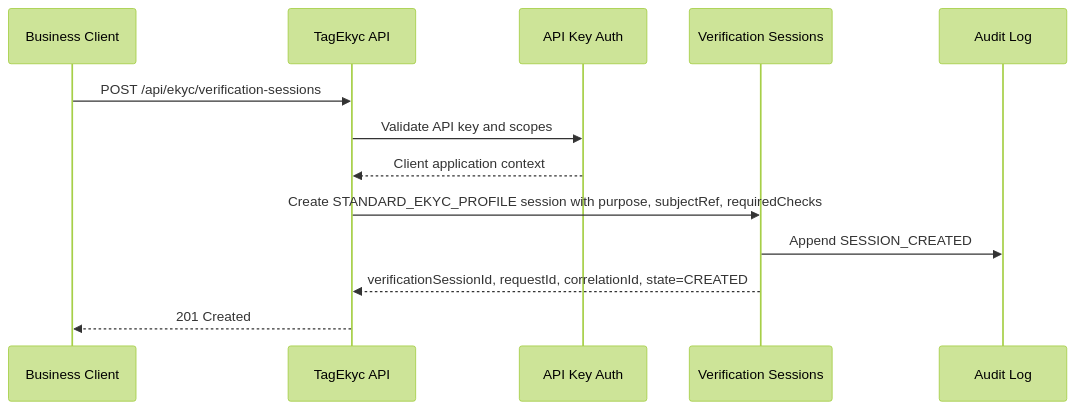
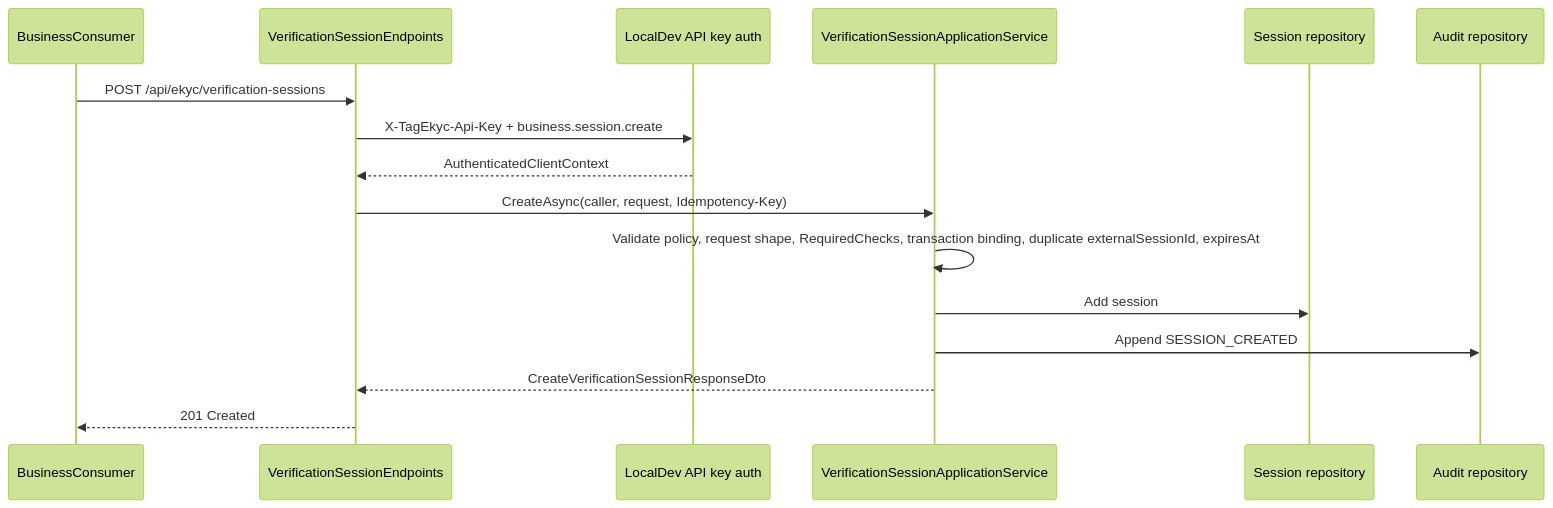
Before and after one commit to hiephm3a/TagEkyc: the first of 7 diagrams in docs/lld_02_sequence_flows_v0_1.md, drawn with Mermaid (forest theme). The commit also changed other lines of this file and 5 other files, not shown here.

````diff
--- a/docs/lld_02_sequence_flows_v0_1.md
+++ b/docs/lld_02_sequence_flows_v0_1.md
@@ -5,16 +44,19 @@
 ```mermaid
 sequenceDiagram
-    participant Client as Business Client
-    participant Api as TagEkyc API
-    participant Auth as API Key Auth
-    participant Sessions as Verification Sessions
-    participant Audit as Audit Log
+    participant Client as BusinessConsumer
+    participant Api as VerificationSessionEndpoints
+    participant Auth as LocalDev API key auth
+    participant Sessions as VerificationSessionApplicationService
+    participant Repo as Session repository
+    participant Audit as Audit repository
 
     Client->>Api: POST /api/ekyc/verification-sessions
-    Api->>Auth: Validate API key and scopes
-    Auth-->>Api: Client application context
-    Api->>Sessions: Create STANDARD_EKYC_PROFILE session with purpose, subjectRef, requiredChecks
+    Api->>Auth: X-TagEkyc-Api-Key + business.session.create
+    Auth-->>Api: AuthenticatedClientContext
+    Api->>Sessions: CreateAsync(caller, request, Idempotency-Key)
+    Sessions->>Sessions: Validate policy, request shape, RequiredChecks, transaction binding, duplicate externalSessionId, expiresAt
+    Sessions->>Repo: Add session
     Sessions->>Audit: Append SESSION_CREATED
-    Sessions-->>Api: verificationSessionId, requestId, correlationId, state=CREATED
+    Sessions-->>Api: CreateVerificationSessionResponseDto
     Api-->>Client: 201 Created
 ```
````
